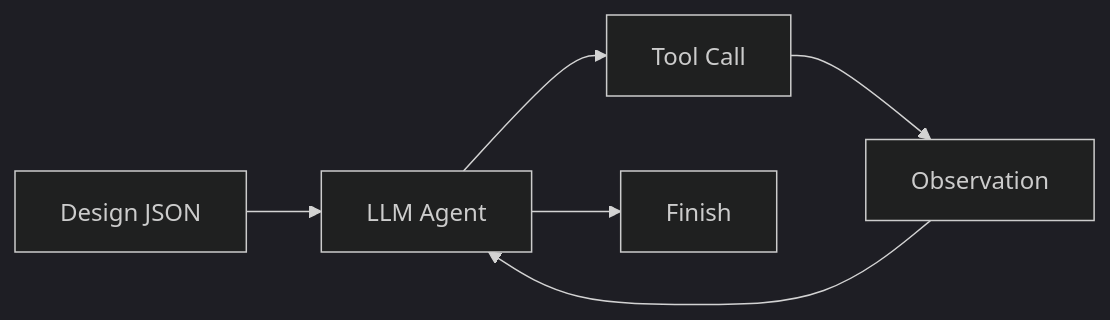
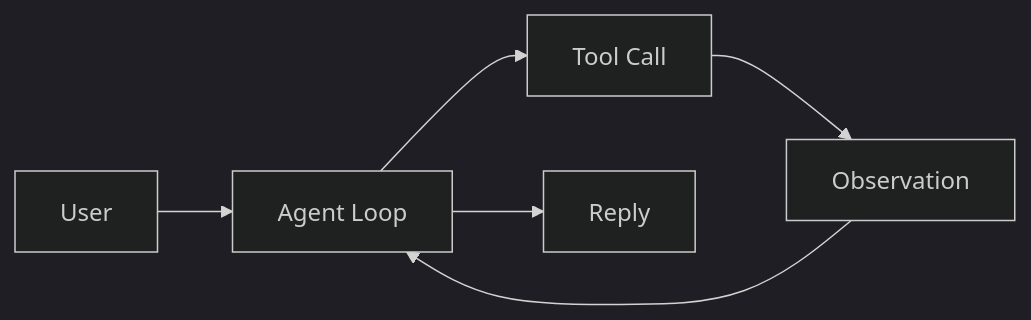
The diagram in README.md (VV-noob/VV), drawn with Mermaid (dark theme) before and after one commit. The commit also changed other lines of this file and 5 other files, not shown here.

````diff
--- a/README.md
+++ b/README.md
@@ -7,8 +7,8 @@
 ```mermaid
 flowchart LR
-    D[Design JSON] --> A[LLM Agent]
+    U[User] --> A[Agent Loop]
     A --> T[Tool Call]
     T --> O[Observation]
     O --> A
-    A --> F[Finish]
+    A --> R[Reply]
 ```
````
